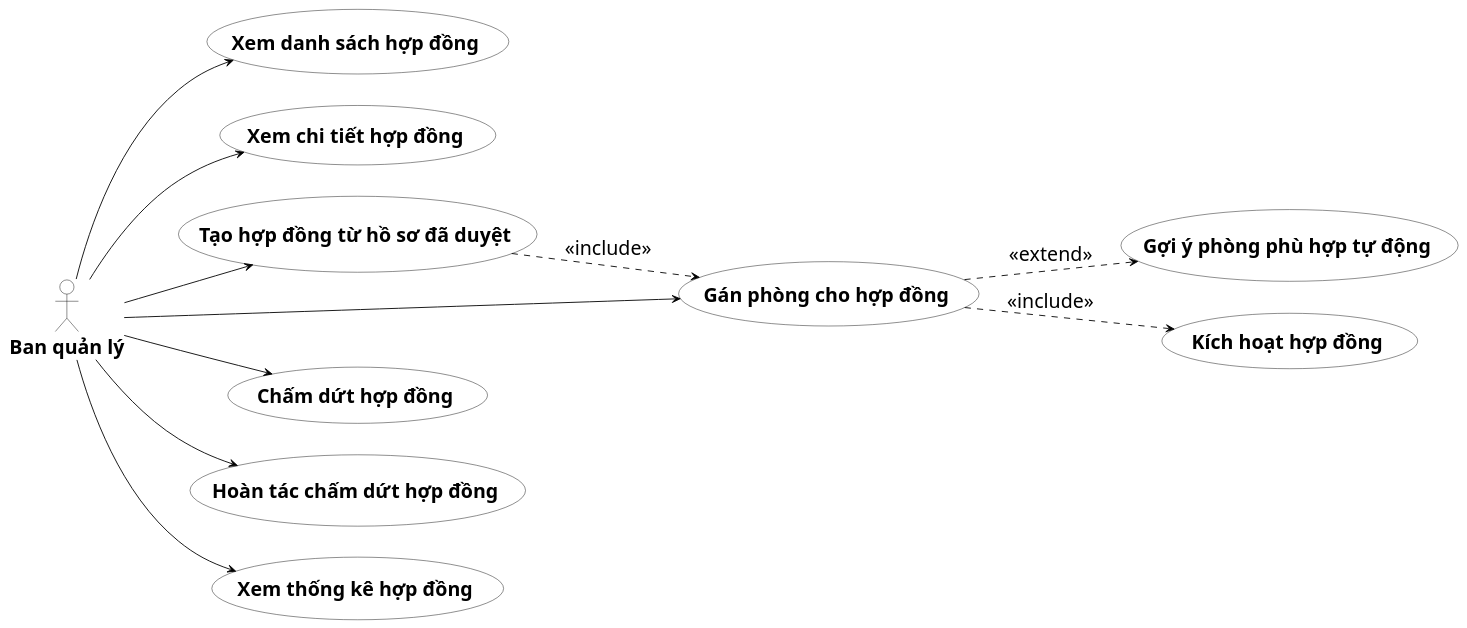
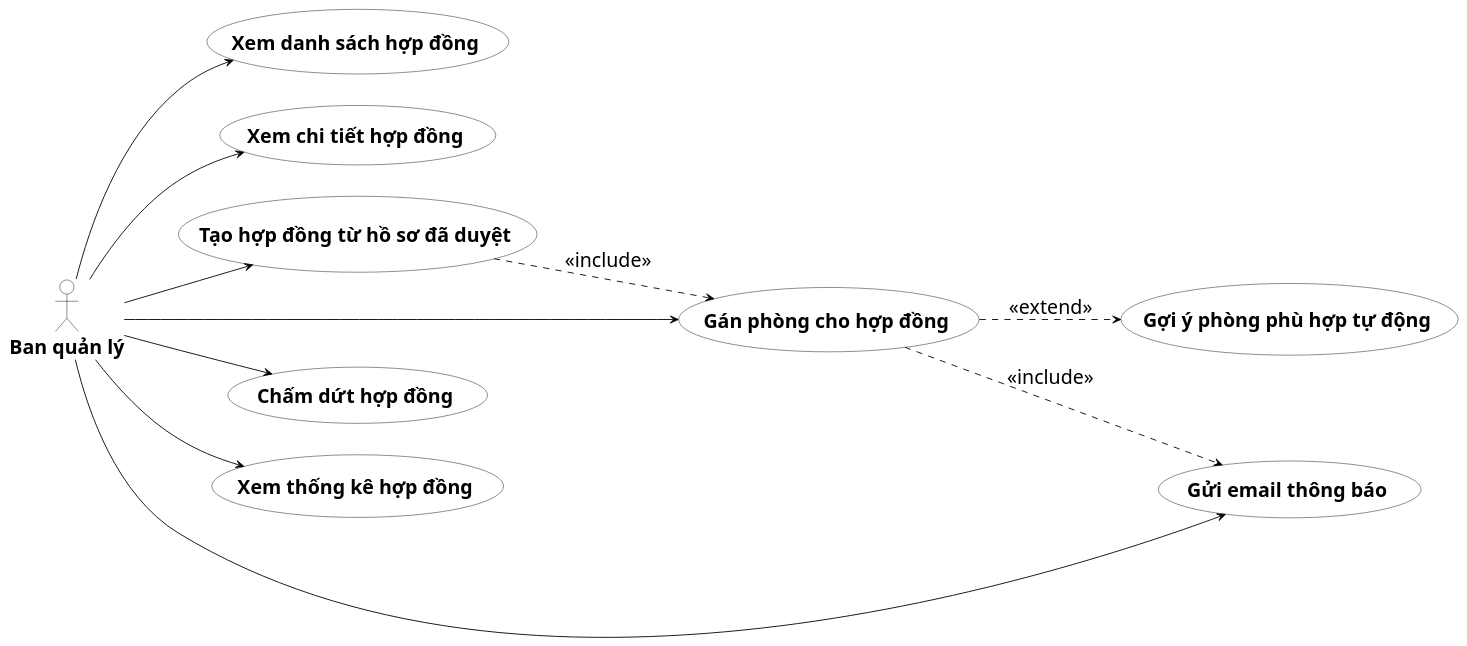
Before and after one commit to s0nbuildtech287/dormitory-frontend: the diagram in diagrams/usecase_phanra/uc_hopdong_phong.puml, drawn with PlantUML. The commit also changed 28 other files, not shown here.

```diff
--- a/diagrams/usecase_phanra/uc_hopdong_phong.puml
+++ b/diagrams/usecase_phanra/uc_hopdong_phong.puml
@@ -1,40 +1,39 @@
 @startuml "UC Phân rã - Quản lý hợp đồng đăng ký"
 skinparam defaultFontSize 22
 skinparam defaultFontName "Times New Roman"
 left to right direction
 skinparam usecase {
   BackgroundColor White
   BorderColor Black
 }
 skinparam actor {
   BackgroundColor White
   BorderColor Black
 }
 skinparam ArrowColor Black
 skinparam ArrowThickness 1
 skinparam shadowing false
 
 actor "<b>Ban quản lý</b>" as Admin
 
 usecase "<b>Xem danh sách hợp đồng</b>" as UC1
 usecase "<b>Xem chi tiết hợp đồng</b>" as UC2
 usecase "<b>Tạo hợp đồng từ hồ sơ đã duyệt</b>" as UC3
 usecase "<b>Gán phòng cho hợp đồng</b>" as UC4
 usecase "<b>Gợi ý phòng phù hợp tự động</b>" as UC5
-usecase "<b>Kích hoạt hợp đồng</b>" as UC6
-usecase "<b>Chấm dứt hợp đồng</b>" as UC7
-usecase "<b>Hoàn tác chấm dứt hợp đồng</b>" as UC8
-usecase "<b>Xem thống kê hợp đồng</b>" as UC9
+usecase "<b>Chấm dứt hợp đồng</b>" as UC6
+usecase "<b>Xem thống kê hợp đồng</b>" as UC7
+usecase "<b>Gửi email thông báo</b>" as UC8
 
 UC4 ..> UC5 : <<extend>>
 UC3 ..> UC4 : <<include>>
-UC4 ..> UC6 : <<include>>
+UC4 ..> UC8 : <<include>>
 
 Admin --> UC1
 Admin --> UC2
 Admin --> UC3
 Admin --> UC4
+Admin --> UC6
 Admin --> UC7
 Admin --> UC8
-Admin --> UC9
 @enduml
```
